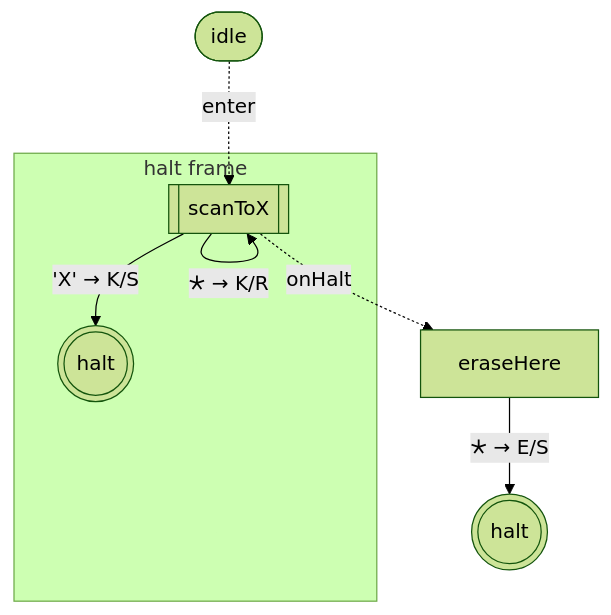
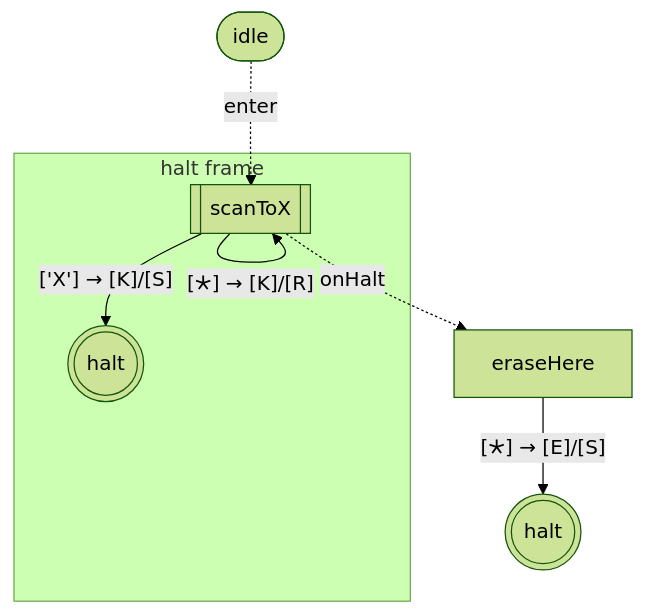
One commit to mellonis/turing-machine-js changed the fifth of 6 diagrams in packages/machine/README.md. Above: the diagram before and after it, drawn with Mermaid (forest theme). The commit also changed other lines of this file and 15 other files, not shown here.

````diff
--- a/packages/machine/README.md
+++ b/packages/machine/README.md
@@ -397,16 +396,16 @@
 ```mermaid
 flowchart TD
 %% alphabets: [[" ","a","b","X"]]
   s0(((halt)))
   s2["eraseHere"]
   idle([idle])
   subgraph w_3["halt frame"]
     s3[["scanToX"]]
     c3(((halt)))
   end
   idle -. enter .-> s3
-  s2 -- "🞰 → E/S" --> s0
-  s3 -- "'X' → K/S" --> c3
-  s3 -- "🞰 → K/R" --> s3
+  s2 -- "[🞰] → [E]/[S]" --> s0
+  s3 -- "['X'] → [K]/[S]" --> c3
+  s3 -- "[🞰] → [K]/[R]" --> s3
   s3 -. onHalt .-> s2
 ```
````
